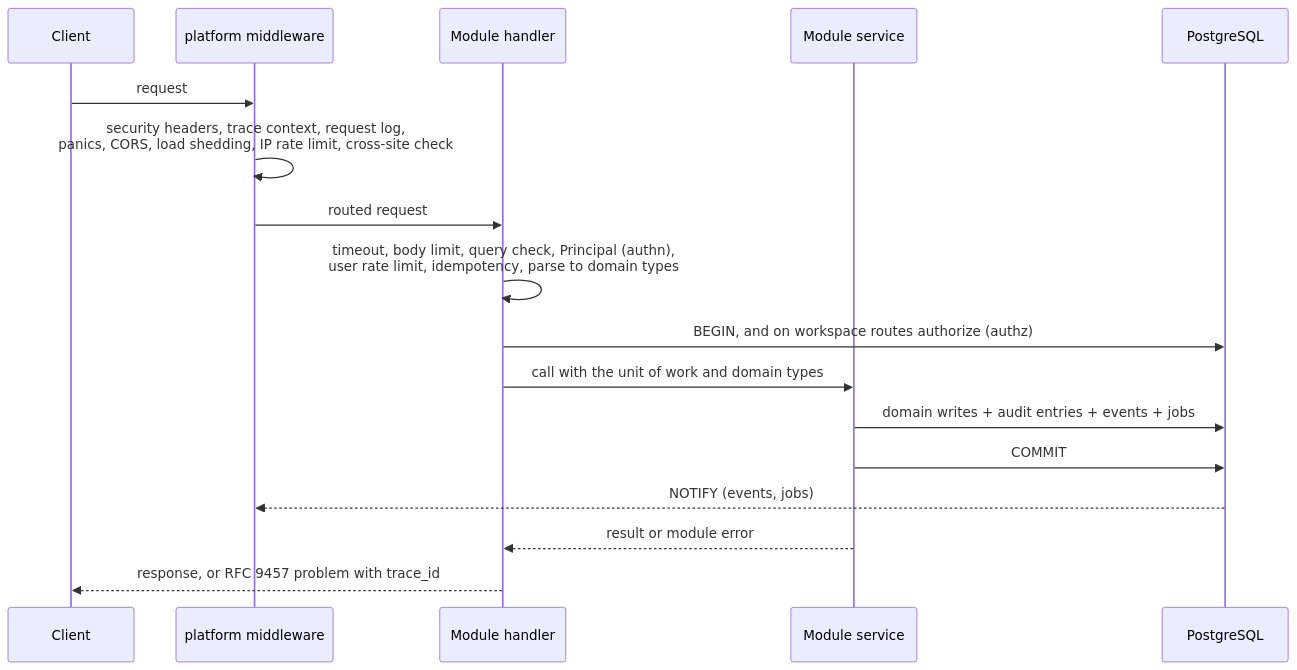
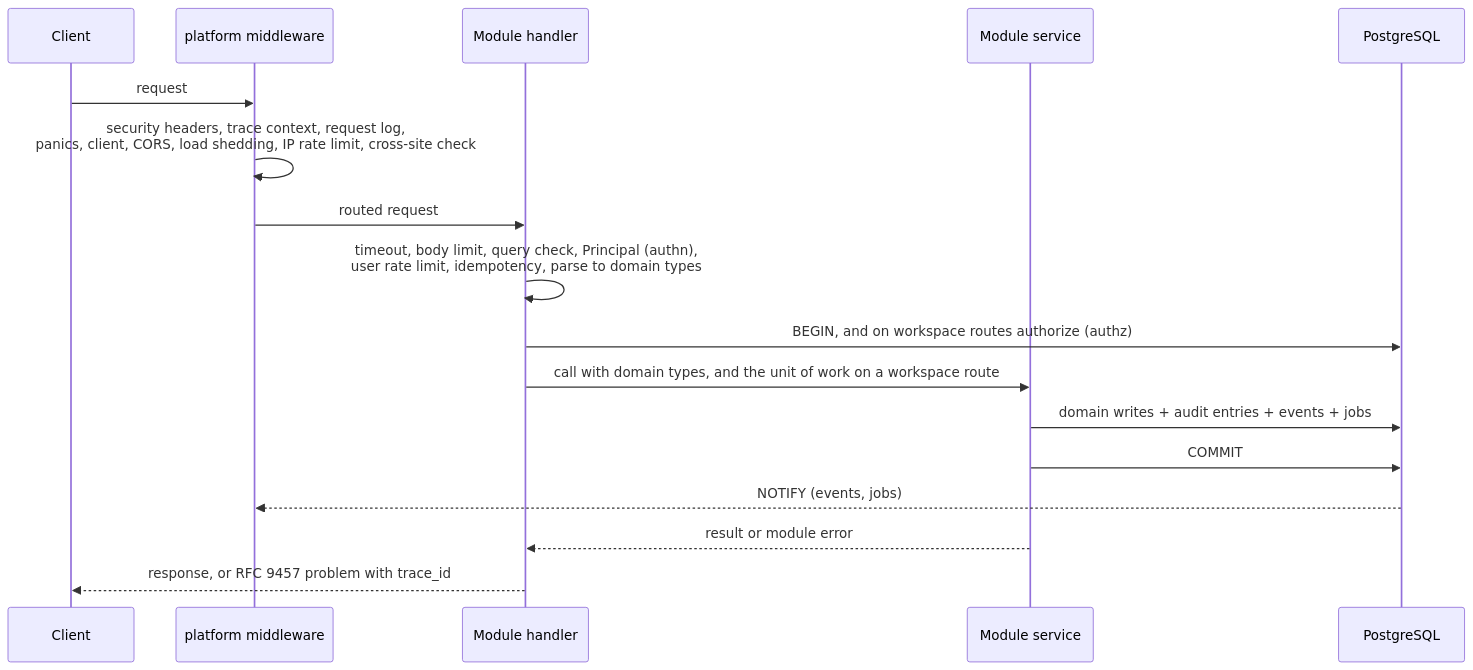
One commit to Grebyn35/AntWorker-API-Rust changed the third of 3 diagrams in docs/architecture.md. Above: the diagram before and after it, drawn with Mermaid. The commit also changed other lines of this file and 56 other files, not shown here.

````diff
--- a/docs/architecture.md
+++ b/docs/architecture.md
@@ -199,19 +199,19 @@
 ```mermaid
 sequenceDiagram
   participant C as Client
   participant P as platform middleware
   participant H as Module handler
   participant S as Module service
   participant DB as PostgreSQL
   C->>P: request
-  P->>P: security headers, trace context, request log,<br/>panics, CORS, load shedding, IP rate limit, cross-site check
+  P->>P: security headers, trace context, request log,<br/>panics, client, CORS, load shedding, IP rate limit, cross-site check
   P->>H: routed request
   H->>H: timeout, body limit, query check, Principal (authn),<br/>user rate limit, idempotency, parse to domain types
   H->>DB: BEGIN, and on workspace routes authorize (authz)
-  H->>S: call with the unit of work and domain types
+  H->>S: call with domain types, and the unit of work on a workspace route
   S->>DB: domain writes + audit entries + events + jobs
   S->>DB: COMMIT
   DB-->>P: NOTIFY (events, jobs)
   S-->>H: result or module error
   H-->>C: response, or RFC 9457 problem with trace_id
 ```
````
